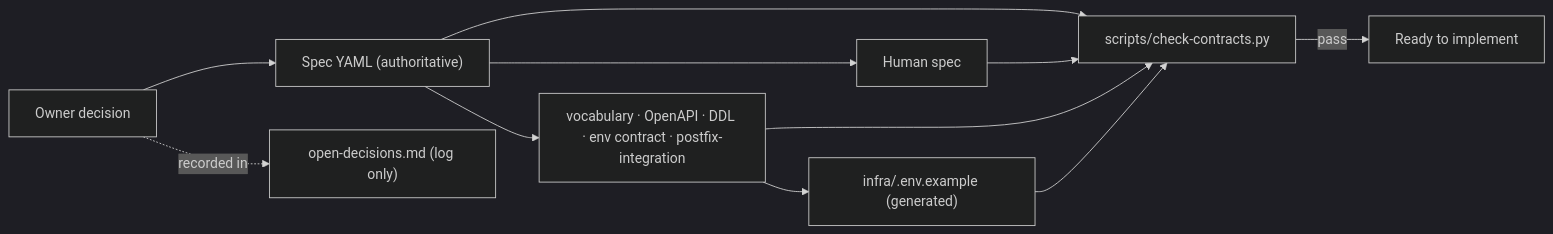
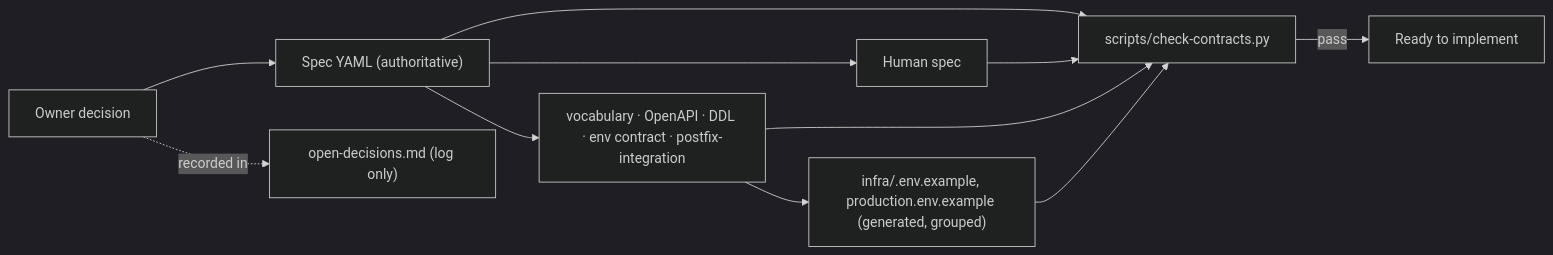
The seventh of 9 diagrams in docs/PROJECT.md (rrcatto/catto-mail), drawn with Mermaid (dark theme) before and after one commit. The commit also changed other lines of this file and 188 other files, not shown here.

````diff
--- a/docs/PROJECT.md
+++ b/docs/PROJECT.md
@@ -555,10 +564,10 @@
 ```mermaid
 flowchart LR
     D["Owner decision"] --> S["Spec YAML (authoritative)"]
     S --> H["Human spec"]
     S --> V["vocabulary · OpenAPI · DDL · env contract · postfix-integration"]
-    V --> X["infra/.env.example (generated)"]
+    V --> X["infra/.env.example, production.env.example (generated, grouped)"]
     S & H & V & X --> CK["scripts/check-contracts.py"]
     CK -- pass --> OK["Ready to implement"]
     D -. "recorded in" .-> LOG["open-decisions.md (log only)"]
 ```
````
